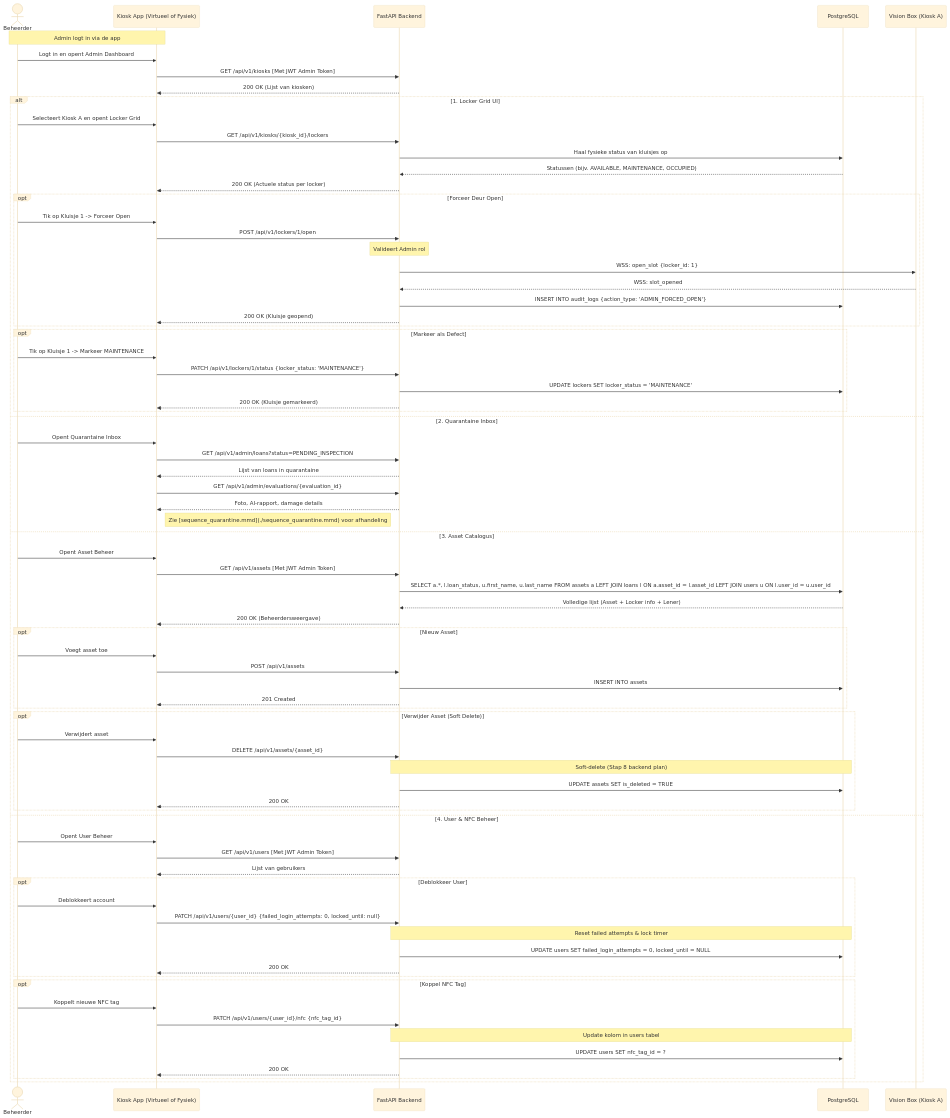
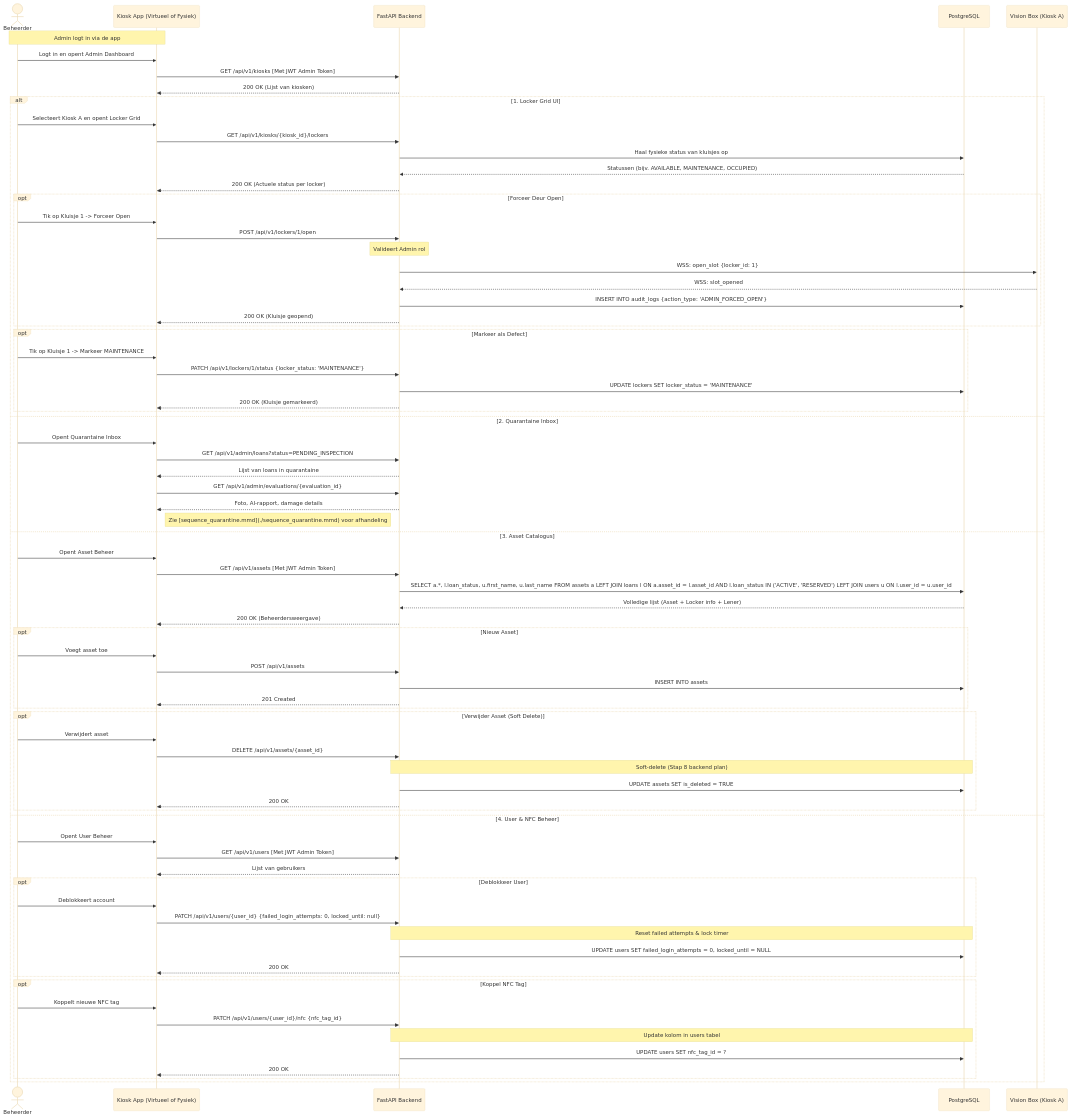
Before and after one commit to easylend-practice-enterprise/easylend: the diagram in docs/diagrams/sequence_admin_app.mmd, drawn with Mermaid (base theme).

Commit message:
Potential fix for pull request finding

```diff
--- a/docs/diagrams/sequence_admin_app.mmd
+++ b/docs/diagrams/sequence_admin_app.mmd
@@ -1,87 +1,87 @@
 sequenceDiagram
     actor Admin as Beheerder
     participant App as Kiosk App (Virtueel of Fysiek)
     participant API as FastAPI Backend
     participant DB as PostgreSQL
     participant VB as Vision Box (Kiosk A)
 
     Note over Admin,App: Admin logt in via de app
     Admin->>App: Logt in en opent Admin Dashboard
     App->>API: GET /api/v1/kiosks [Met JWT Admin Token]
     API-->>App: 200 OK (Lijst van kiosken)
 
     alt 1. Locker Grid UI
         Admin->>App: Selecteert Kiosk A en opent Locker Grid
         App->>API: GET /api/v1/kiosks/{kiosk_id}/lockers
         API->>DB: Haal fysieke status van kluisjes op
         DB-->>API: Statussen (bijv. AVAILABLE, MAINTENANCE, OCCUPIED)
         API-->>App: 200 OK (Actuele status per locker)
 
         opt Forceer Deur Open
             Admin->>App: Tik op Kluisje 1 -> Forceer Open
             App->>API: POST /api/v1/lockers/1/open
             Note over API: Valideert Admin rol
             API->>VB: WSS: open_slot {locker_id: 1}
             VB-->>API: WSS: slot_opened
             API->>DB: INSERT INTO audit_logs {action_type: 'ADMIN_FORCED_OPEN'}
             API-->>App: 200 OK (Kluisje geopend)
         end
 
         opt Markeer als Defect
             Admin->>App: Tik op Kluisje 1 -> Markeer MAINTENANCE
             App->>API: PATCH /api/v1/lockers/1/status {locker_status: 'MAINTENANCE'}
             API->>DB: UPDATE lockers SET locker_status = 'MAINTENANCE'
             API-->>App: 200 OK (Kluisje gemarkeerd)
         end
 
     else 2. Quarantaine Inbox
         Admin->>App: Opent Quarantaine Inbox
         App->>API: GET /api/v1/admin/loans?status=PENDING_INSPECTION
         API-->>App: Lijst van loans in quarantaine
         App->>API: GET /api/v1/admin/evaluations/{evaluation_id}
         API-->>App: Foto, AI-rapport, damage details
         Note right of App: Zie [sequence_quarantine.mmd](./sequence_quarantine.mmd) voor afhandeling
 
     else 3. Asset Catalogus
         Admin->>App: Opent Asset Beheer
         App->>API: GET /api/v1/assets [Met JWT Admin Token]
-        API->>DB: SELECT a.*, l.loan_status, u.first_name, u.last_name FROM assets a LEFT JOIN loans l ON a.asset_id = l.asset_id LEFT JOIN users u ON l.user_id = u.user_id
+        API->>DB: SELECT a.*, l.loan_status, u.first_name, u.last_name FROM assets a LEFT JOIN loans l ON a.asset_id = l.asset_id AND l.loan_status IN ('ACTIVE', 'RESERVED') LEFT JOIN users u ON l.user_id = u.user_id
         DB-->>API: Volledige lijst (Asset + Locker info + Lener)
         API-->>App: 200 OK (Beheerdersweergave)
         
         opt Nieuw Asset
             Admin->>App: Voegt asset toe
             App->>API: POST /api/v1/assets
             API->>DB: INSERT INTO assets
             API-->>App: 201 Created
         end
         
         opt Verwijder Asset (Soft Delete)
             Admin->>App: Verwijdert asset
             App->>API: DELETE /api/v1/assets/{asset_id}
             Note over API,DB: Soft-delete (Stap 8 backend plan)
             API->>DB: UPDATE assets SET is_deleted = TRUE
             API-->>App: 200 OK
         end
 
     else 4. User & NFC Beheer
         Admin->>App: Opent User Beheer
         App->>API: GET /api/v1/users [Met JWT Admin Token]
         API-->>App: Lijst van gebruikers
         
         opt Deblokkeer User
             Admin->>App: Deblokkeert account
             App->>API: PATCH /api/v1/users/{user_id} {failed_login_attempts: 0, locked_until: null}
             Note over API,DB: Reset failed attempts & lock timer
             API->>DB: UPDATE users SET failed_login_attempts = 0, locked_until = NULL
             API-->>App: 200 OK
         end
         
         opt Koppel NFC Tag
             Admin->>App: Koppelt nieuwe NFC tag
             App->>API: PATCH /api/v1/users/{user_id}/nfc {nfc_tag_id}
             Note over API,DB: Update kolom in users tabel
             API->>DB: UPDATE users SET nfc_tag_id = ?
             API-->>App: 200 OK
         end
     end
```
